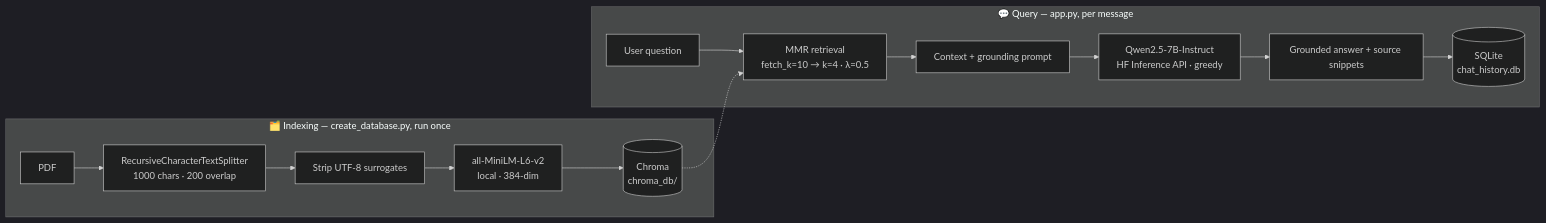
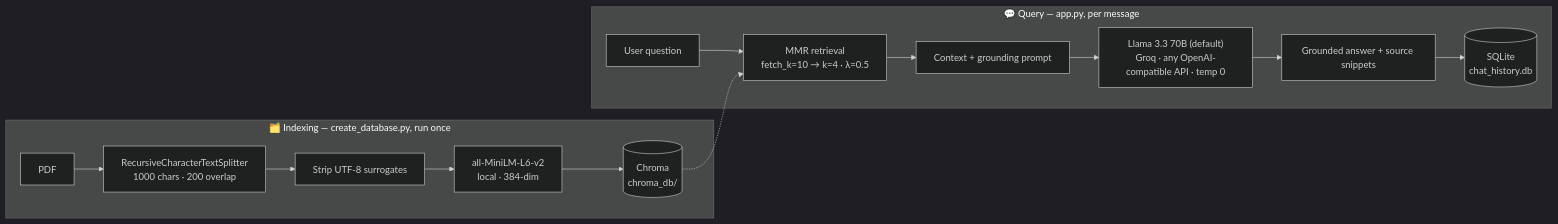
Before and after one commit to daivraval/neura-rag-chat: the diagram in README.md, drawn with Mermaid (dark theme). The commit also changed other lines of this file and 6 other files, not shown here.

First line of the commit message:
feat: swappable LLM providers with Groq as default

````diff
--- a/README.md
+++ b/README.md
@@ -38,18 +38,18 @@
 ```mermaid
 flowchart LR
     subgraph IDX["🗂️ Indexing — create_database.py, run once"]
         A[PDF] --> B["RecursiveCharacterTextSplitter<br/>1000 chars · 200 overlap"]
         B --> C["Strip UTF-8 surrogates"]
         C --> D["all-MiniLM-L6-v2<br/>local · 384-dim"]
         D --> E[("Chroma<br/>chroma_db/")]
     end
 
     subgraph QRY["💬 Query — app.py, per message"]
         F[User question] --> G["MMR retrieval<br/>fetch_k=10 → k=4 · λ=0.5"]
         E -.-> G
         G --> H["Context + grounding prompt"]
-        H --> I["Qwen2.5-7B-Instruct<br/>HF Inference API · greedy"]
+        H --> I["Llama 3.3 70B (default)<br/>Groq · any OpenAI-compatible API · temp 0"]
         I --> J[Grounded answer + source snippets]
         J --> K[("SQLite<br/>chat_history.db")]
     end
 ```
````
